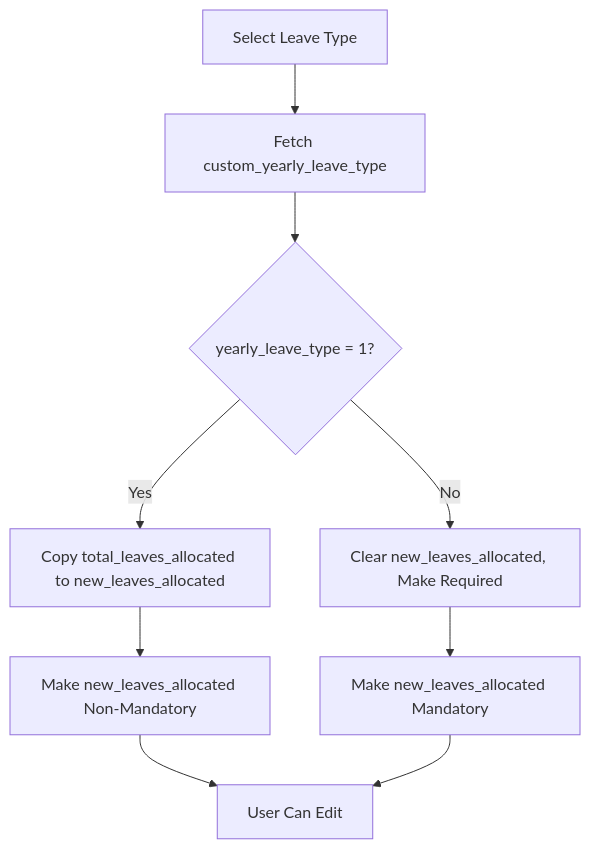
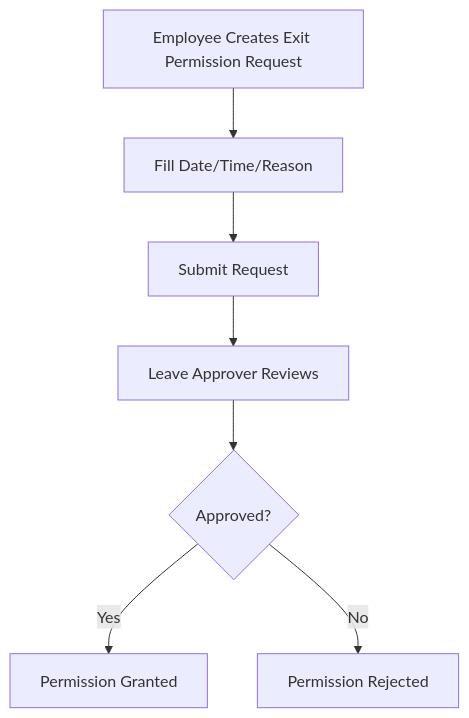
The sixth of 6 diagrams in app_workflow.md (abdopcnet/tatweer_hr_advance), drawn with Mermaid before and after one commit. The commit also changed other lines of this file, not shown here.

````diff
--- a/app_workflow.md
+++ b/app_workflow.md
@@ -99,11 +77,9 @@
 ```mermaid
 flowchart TD
-    A[Select Leave Type] --> B[Fetch custom_yearly_leave_type]
-    B --> C{yearly_leave_type = 1?}
-    C -->|Yes| D[Copy total_leaves_allocated to new_leaves_allocated]
-    C -->|No| E[Clear new_leaves_allocated, Make Required]
-    D --> F[Make new_leaves_allocated Non-Mandatory]
-    E --> G[Make new_leaves_allocated Mandatory]
-    F --> H[User Can Edit]
-    G --> H
+    A[Employee Creates Exit Permission Request] --> B[Fill Date/Time/Reason]
+    B --> C[Submit Request]
+    C --> D[Leave Approver Reviews]
+    D --> E{Approved?}
+    E -->|Yes| F[Permission Granted]
+    E -->|No| G[Permission Rejected]
 ```
````
